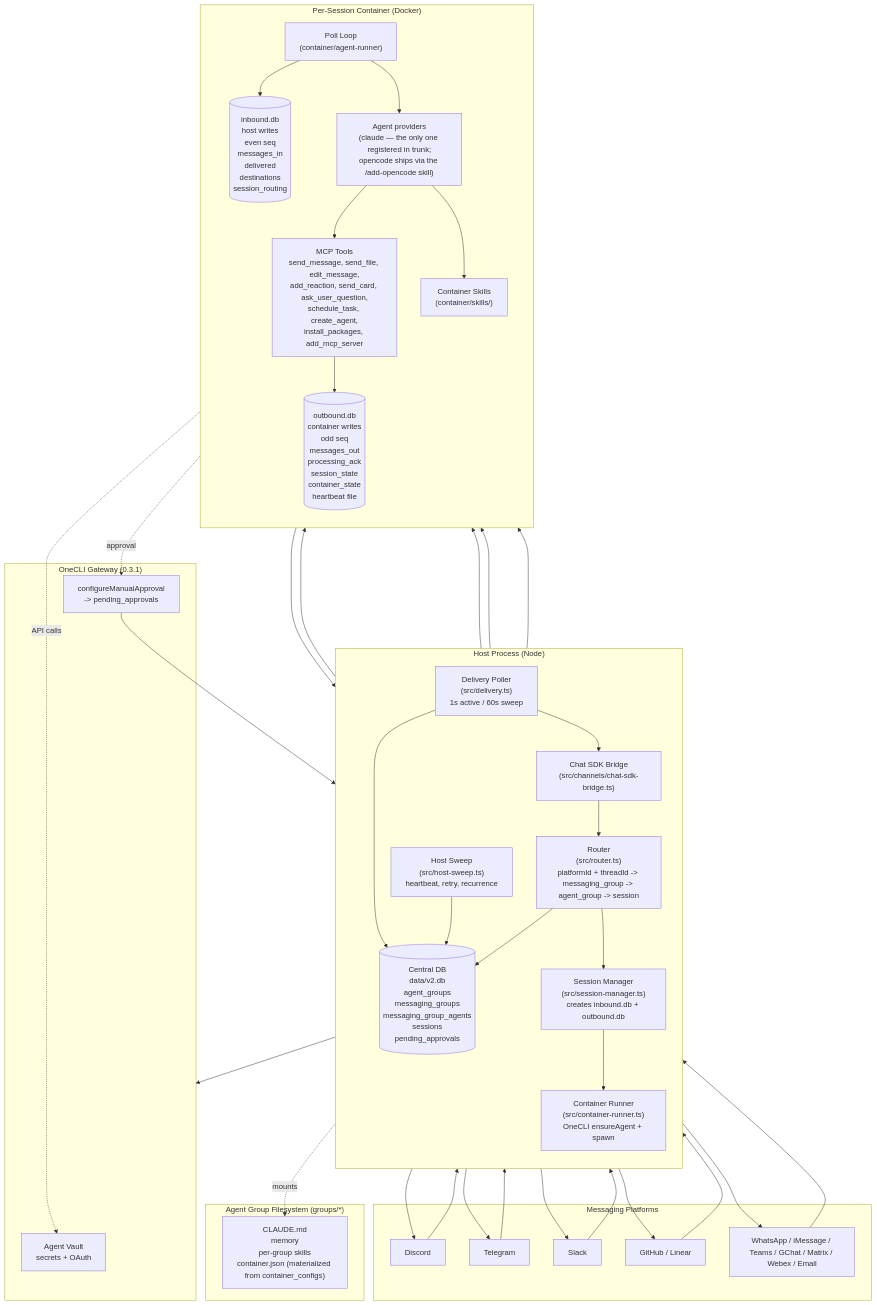
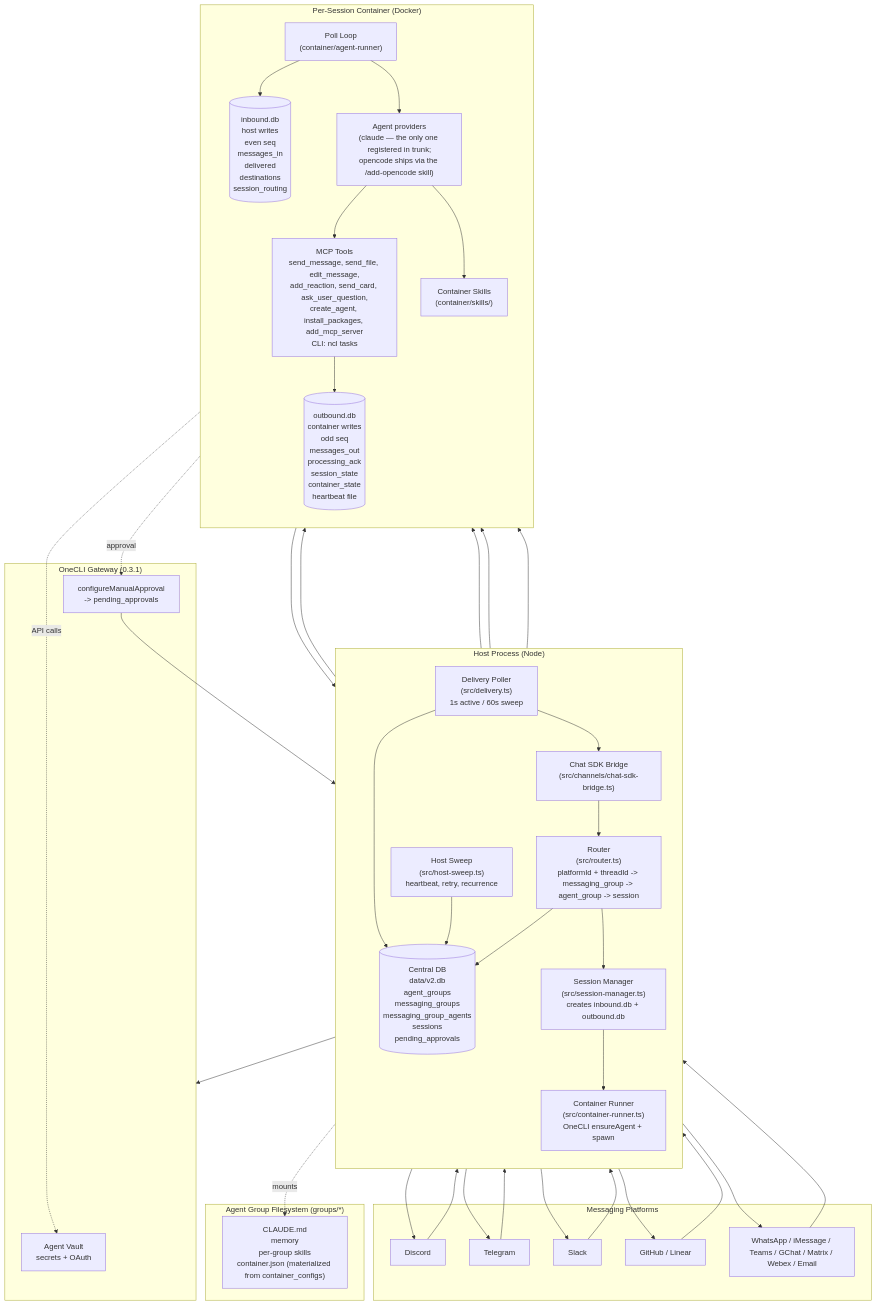
The first of 5 diagrams in docs/architecture-diagram.md (anupsinghinfra/oncellclaw), drawn with Mermaid before and after one commit. The commit also changed 45 other files, not shown here.

````diff
--- a/docs/architecture-diagram.md
+++ b/docs/architecture-diagram.md
@@ -5,65 +5,65 @@
 ```mermaid
 flowchart TB
   subgraph Platforms["Messaging Platforms"]
     P1[Discord]
     P2[Telegram]
     P3[Slack]
     P4[GitHub / Linear]
     P5[WhatsApp / iMessage / Teams / GChat / Matrix / Webex / Email]
   end
 
   subgraph Host["Host Process (Node)"]
     direction TB
     Bridge["Chat SDK Bridge<br/>(src/channels/chat-sdk-bridge.ts)"]
     Router["Router<br/>(src/router.ts)<br/>platformId + threadId -> messaging_group -> agent_group -> session"]
     SessMgr["Session Manager<br/>(src/session-manager.ts)<br/>creates inbound.db + outbound.db"]
     Runner["Container Runner<br/>(src/container-runner.ts)<br/>OneCLI ensureAgent + spawn"]
     Delivery["Delivery Poller<br/>(src/delivery.ts)<br/>1s active / 60s sweep"]
     Sweep["Host Sweep<br/>(src/host-sweep.ts)<br/>heartbeat, retry, recurrence"]
     Central[("Central DB<br/>data/v2.db<br/>agent_groups<br/>messaging_groups<br/>messaging_group_agents<br/>sessions<br/>pending_approvals")]
   end
 
   subgraph OneCLI["OneCLI Gateway (0.3.1)"]
     Vault["Agent Vault<br/>secrets + OAuth"]
     Approvals["configureManualApproval<br/>-> pending_approvals"]
   end
 
   subgraph Session["Per-Session Container (Docker)"]
     direction TB
     PollLoop["Poll Loop<br/>(container/agent-runner)"]
     Provider["Agent providers<br/>(claude — the only one registered in trunk;<br/>opencode ships via the /add-opencode skill)"]
-    MCP["MCP Tools<br/>send_message, send_file, edit_message,<br/>add_reaction, send_card, ask_user_question,<br/>schedule_task, create_agent,<br/>install_packages, add_mcp_server"]
+    MCP["MCP Tools<br/>send_message, send_file, edit_message,<br/>add_reaction, send_card, ask_user_question,<br/>create_agent, install_packages, add_mcp_server<br/>CLI: ncl tasks"]
     Skills["Container Skills<br/>(container/skills/)"]
     InDB[("inbound.db<br/>host writes<br/>even seq<br/>messages_in<br/>delivered<br/>destinations<br/>session_routing")]
     OutDB[("outbound.db<br/>container writes<br/>odd seq<br/>messages_out<br/>processing_ack<br/>session_state<br/>container_state<br/>heartbeat file")]
   end
 
   subgraph Groups["Agent Group Filesystem (groups/*)"]
     Folder["CLAUDE.md<br/>memory<br/>per-group skills<br/>container.json (materialized from container_configs)"]
   end
 
   P1 & P2 & P3 & P4 & P5 --> Bridge
   Bridge --> Router
   Router --> Central
   Router --> SessMgr
   SessMgr --> InDB
   SessMgr --> Runner
   Runner --> OneCLI
   Runner --> PollLoop
   PollLoop --> InDB
   PollLoop --> Provider
   Provider --> MCP
   Provider --> Skills
   MCP --> OutDB
   OutDB --> Delivery
   Delivery --> Central
   Delivery --> Bridge
   Bridge --> P1 & P2 & P3 & P4 & P5
   Sweep --> InDB
   Sweep --> OutDB
   Sweep --> Central
   Runner -.mounts.-> Folder
   MCP -.approval.-> Approvals
   Approvals --> Central
   Provider -.API calls.-> Vault
 ```
````
